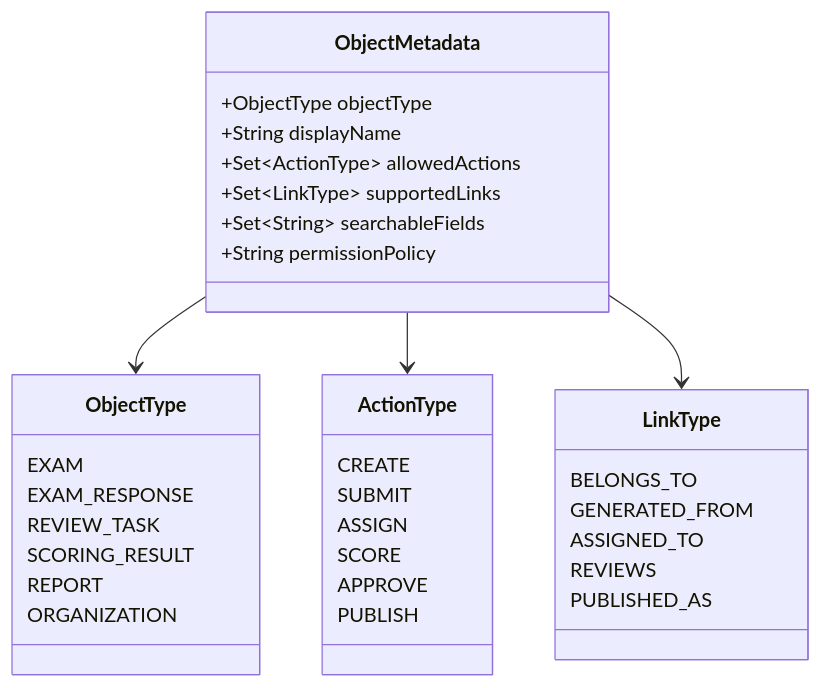
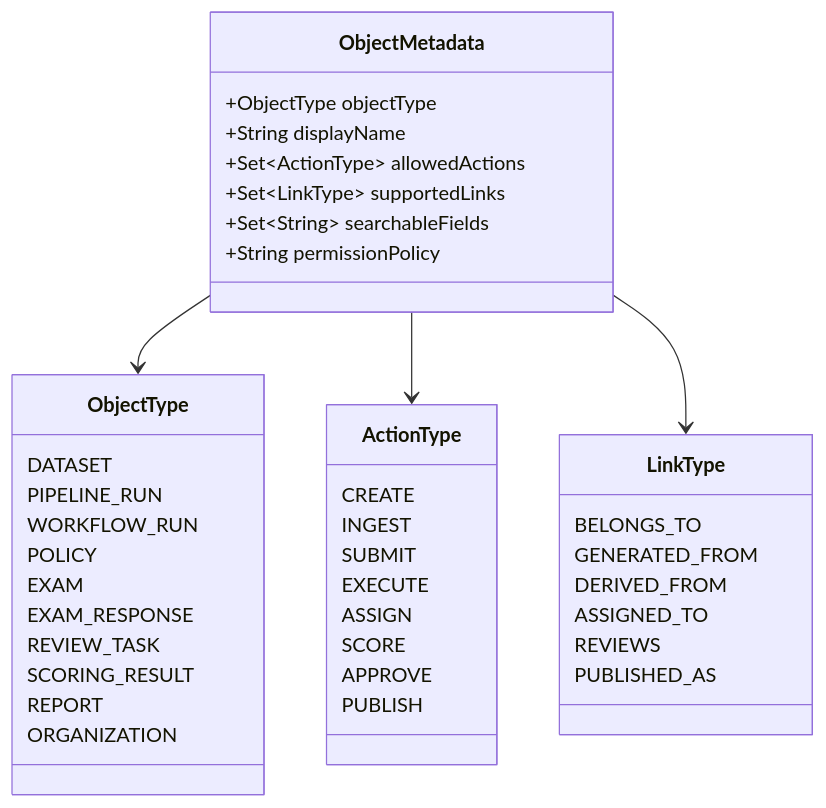
One commit to zero60611/ontology_springboot_demo changed the third of 5 diagrams in README.md. Above: the diagram before and after it, drawn with Mermaid. The commit also changed other lines of this file, not shown here.

Commit message:
Update README with plain-language architecture notes

````diff
--- a/README.md
+++ b/README.md
@@ -161,41 +270,48 @@
 ```mermaid
 classDiagram
     class ObjectType {
+        DATASET
+        PIPELINE_RUN
+        WORKFLOW_RUN
+        POLICY
         EXAM
         EXAM_RESPONSE
         REVIEW_TASK
         SCORING_RESULT
         REPORT
         ORGANIZATION
     }
 
     class LinkType {
         BELONGS_TO
         GENERATED_FROM
+        DERIVED_FROM
         ASSIGNED_TO
         REVIEWS
         PUBLISHED_AS
     }
 
     class ActionType {
         CREATE
+        INGEST
         SUBMIT
+        EXECUTE
         ASSIGN
         SCORE
         APPROVE
         PUBLISH
     }
 
     class ObjectMetadata {
         +ObjectType objectType
         +String displayName
         +Set~ActionType~ allowedActions
         +Set~LinkType~ supportedLinks
         +Set~String~ searchableFields
         +String permissionPolicy
     }
 
     ObjectMetadata --> ObjectType
     ObjectMetadata --> ActionType
     ObjectMetadata --> LinkType
 ```
````
